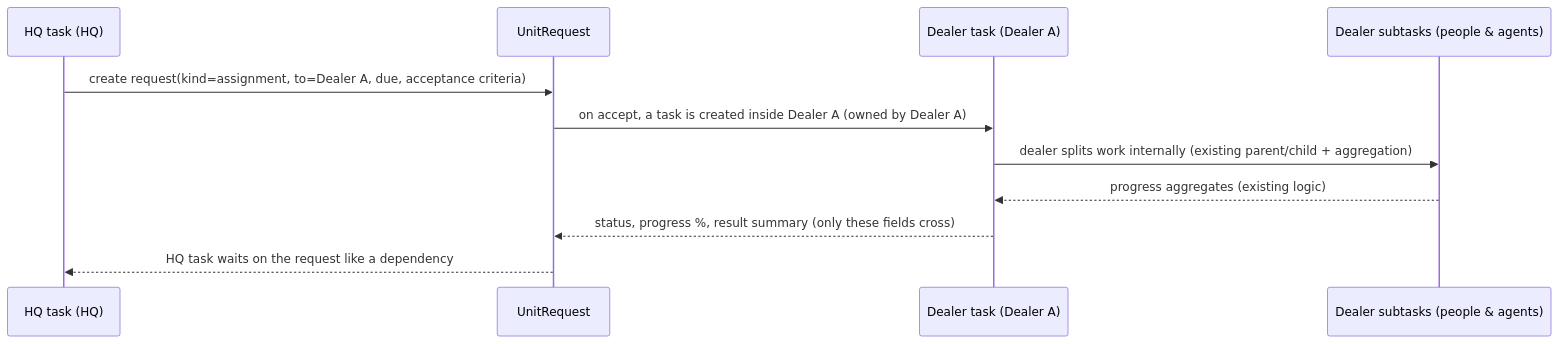
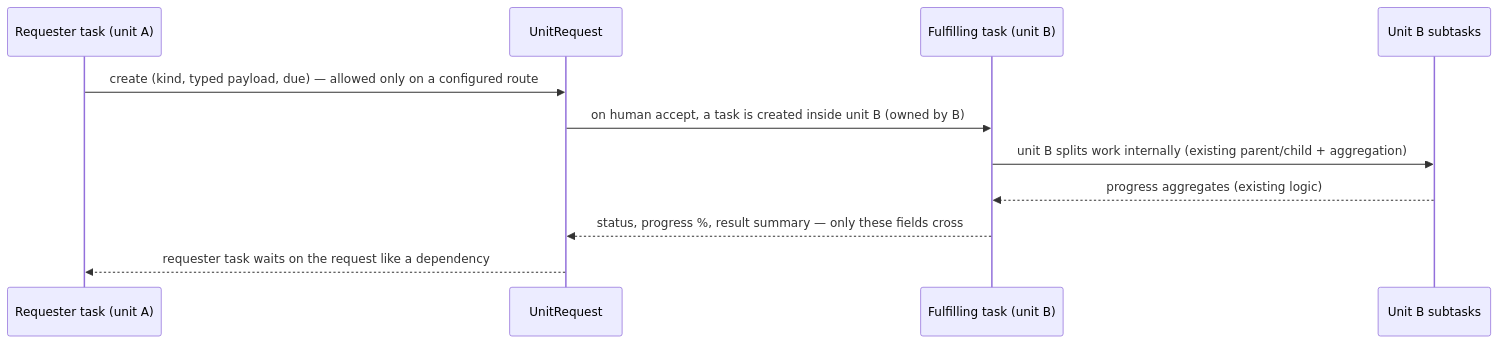
Before and after one commit to iwyoqar/sag-ai-office: the sixth of 6 diagrams in docs/SAG_WORLD_ARCHITECTURE.md, drawn with Mermaid. The commit also changed other lines of this file and 5 other files, not shown here.

````diff
--- a/docs/SAG_WORLD_ARCHITECTURE.md
+++ b/docs/SAG_WORLD_ARCHITECTURE.md
@@ -184,13 +222,13 @@
 ```mermaid
 sequenceDiagram
-  participant HQT as HQ task (HQ)
+  participant A as Requester task (unit A)
   participant UR as UnitRequest
-  participant DT as Dealer task (Dealer A)
-  participant DS as Dealer subtasks (people & agents)
-  HQT->>UR: create request(kind=assignment, to=Dealer A, due, acceptance criteria)
-  UR->>DT: on accept, a task is created inside Dealer A (owned by Dealer A)
-  DT->>DS: dealer splits work internally (existing parent/child + aggregation)
-  DS-->>DT: progress aggregates (existing logic)
-  DT-->>UR: status, progress %, result summary (only these fields cross)
-  UR-->>HQT: HQ task waits on the request like a dependency
+  participant B as Fulfilling task (unit B)
+  participant BS as Unit B subtasks
+  A->>UR: create (kind, typed payload, due) — allowed only on a configured route
+  UR->>B: on human accept, a task is created inside unit B (owned by B)
+  B->>BS: unit B splits work internally (existing parent/child + aggregation)
+  BS-->>B: progress aggregates (existing logic)
+  B-->>UR: status, progress %, result summary — only these fields cross
+  UR-->>A: requester task waits on the request like a dependency
 ```
````
